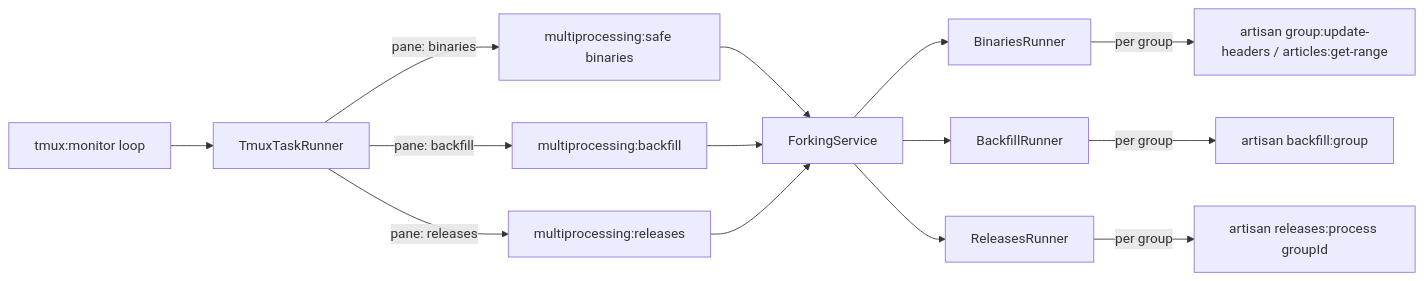
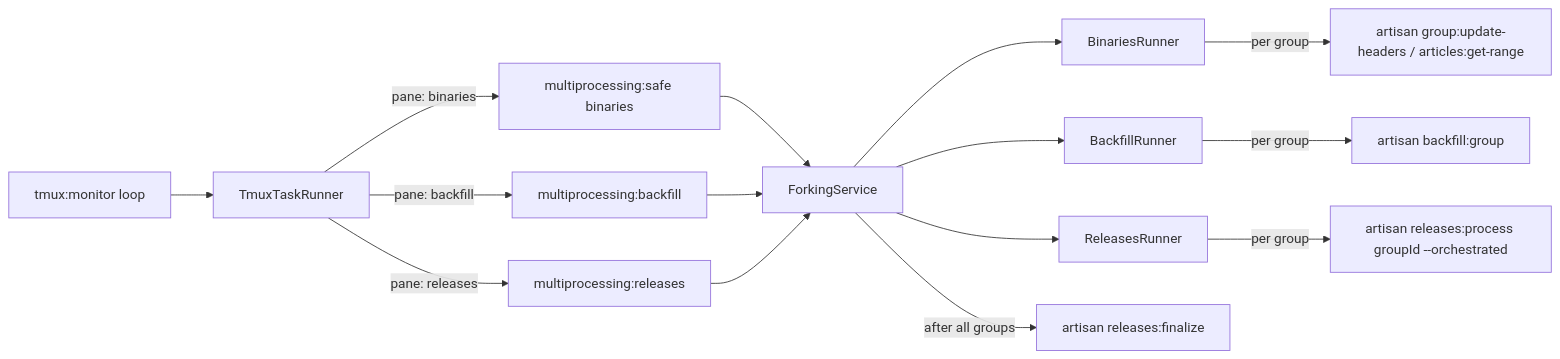
One commit to KurzonDax/newznab-tmux-kd changed the second of 2 diagrams in docs/architecture/indexing-pipeline.md. Above: the diagram before and after it, drawn with Mermaid. The commit also changed other lines of this file and 34 other files, not shown here.

````diff
--- a/docs/architecture/indexing-pipeline.md
+++ b/docs/architecture/indexing-pipeline.md
@@ -97,16 +112,17 @@
 ```mermaid
 flowchart LR
     MON[tmux:monitor loop] --> TR[TmuxTaskRunner]
     TR -->|pane: binaries| MB[multiprocessing:safe binaries]
     TR -->|pane: backfill| MBF[multiprocessing:backfill]
     TR -->|pane: releases| MR[multiprocessing:releases]
     MB --> FS[ForkingService]
     MBF --> FS
     MR --> FS
     FS --> BR[BinariesRunner]
     FS --> BFR[BackfillRunner]
     FS --> RR[ReleasesRunner]
     BR -->|per group| W1[artisan group:update-headers / articles:get-range]
     BFR -->|per group| W2[artisan backfill:group]
-    RR -->|per group| W3[artisan releases:process groupId]
+    RR -->|per group| W3[artisan releases:process groupId --orchestrated]
+    FS -->|after all groups| W4[artisan releases:finalize]
 ```
````
